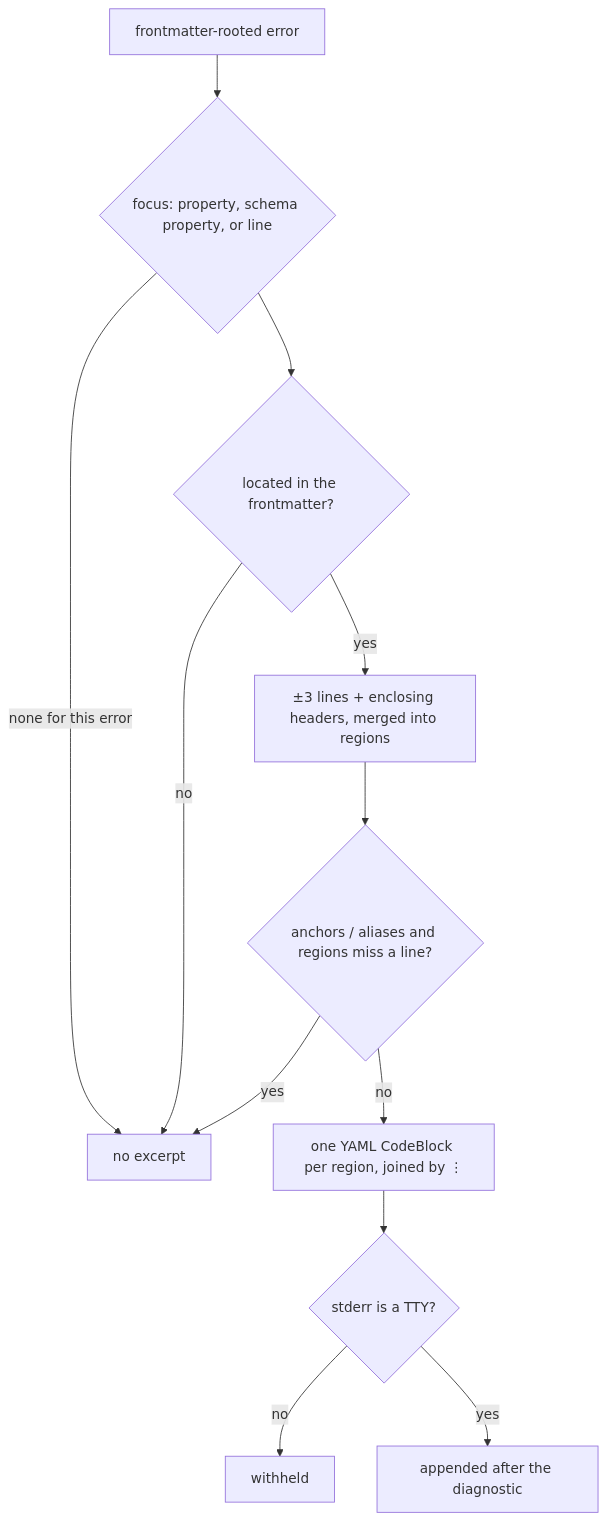
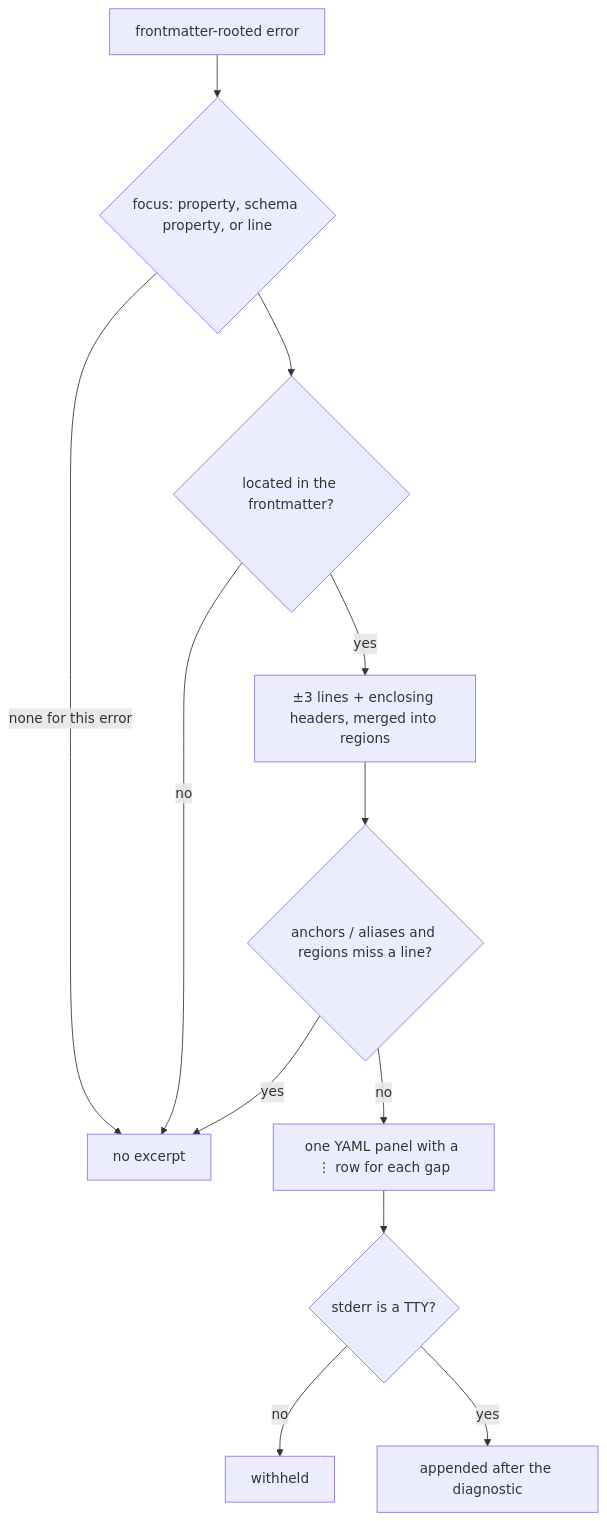
One commit to yankeeinlondon/rusty-biscuit changed the third of 6 diagrams in claudine/docs/topics/composition.md. Above: the diagram before and after it, drawn with Mermaid. The commit also changed other lines of this file and 5 other files, not shown here.

First line of the commit message:
fix(claudine): render frontmatter excerpts as one panel

````diff
--- a/claudine/docs/topics/composition.md
+++ b/claudine/docs/topics/composition.md
@@ -850,14 +850,14 @@
 ```mermaid
 flowchart TD
     E[frontmatter-rooted error] --> F{focus: property, schema property, or line}
     F -->|none for this error| X[no excerpt]
     F --> L{located in the frontmatter?}
     L -->|no| X
     L -->|yes| W[±3 lines + enclosing headers, merged into regions]
     W --> U{anchors / aliases and regions miss a line?}
     U -->|yes| X
-    U -->|no| R[one YAML CodeBlock per region, joined by ⋮]
+    U -->|no| R[one YAML panel with a ⋮ row for each gap]
     R --> T{stderr is a TTY?}
     T -->|no| H[withheld]
     T -->|yes| A[appended after the diagnostic]
 ```
````
